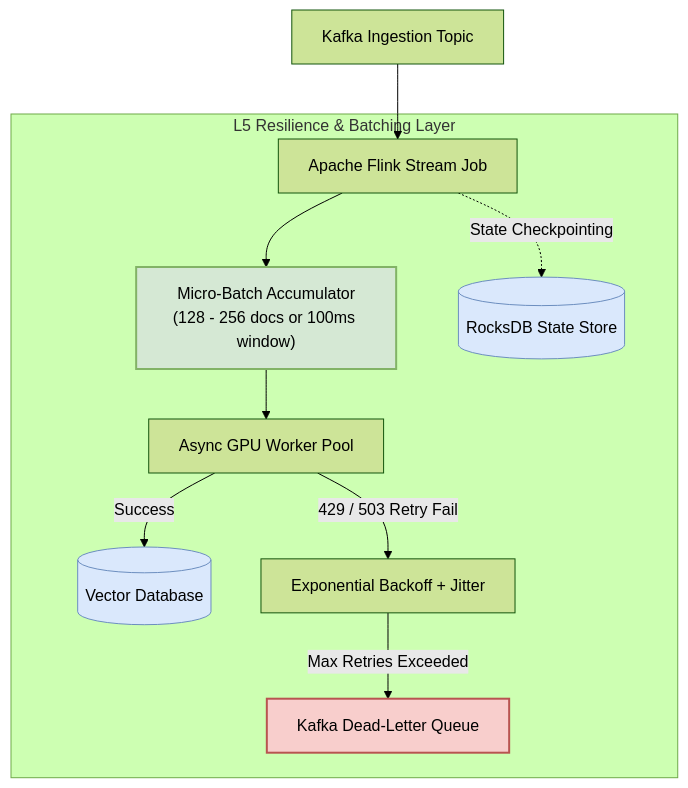
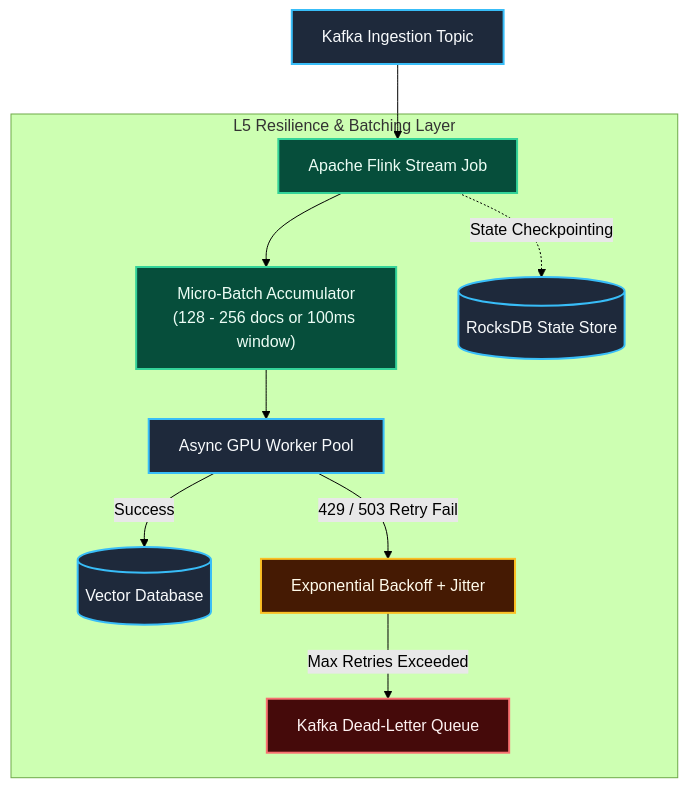
Before and after one commit to toanbui626391/data_ai_engineer: the second of 3 diagrams in questions/05_leveling_deep_dive_ingestion_pipeline.md, drawn with Mermaid (forest theme). The commit also changed other lines of this file and 1 other file, not shown here.

````diff
--- a/questions/05_leveling_deep_dive_ingestion_pipeline.md
+++ b/questions/05_leveling_deep_dive_ingestion_pipeline.md
@@ -48,20 +49,24 @@
 ```mermaid
 flowchart TD
     K["Kafka Ingestion Topic"] --> Flink["Apache Flink Stream Job"]
     
     subgraph L5_Processing ["L5 Resilience & Batching Layer"]
         Flink --> MB["Micro-Batch Accumulator<br/>(128 - 256 docs or 100ms window)"]
         MB --> Worker["Async GPU Worker Pool"]
         
         Worker -->|"Success"| VDB[("Vector Database")]
         Worker -->|"429 / 503 Retry Fail"| Retry["Exponential Backoff + Jitter"]
         Retry -->|"Max Retries Exceeded"| DLQ["Kafka Dead-Letter Queue"]
         
         Flink -.->|"State Checkpointing"| CP[("RocksDB State Store")]
     end
 
-    style MB fill:#d5e8d4,stroke:#82b366,stroke-width:2px
-    style DLQ fill:#f8cecc,stroke:#b85450,stroke-width:2px
-    style CP fill:#dae8fc,stroke:#6c8ebf,stroke-width:1px
-    style VDB fill:#dae8fc,stroke:#6c8ebf,stroke-width:1px
+    style K fill:#1e293b,stroke:#38bdf8,stroke-width:2px,color:#f8fafc
+    style Flink fill:#064e3b,stroke:#34d399,stroke-width:2px,color:#ecfdf5
+    style MB fill:#064e3b,stroke:#34d399,stroke-width:2px,color:#ecfdf5
+    style Worker fill:#1e293b,stroke:#38bdf8,stroke-width:2px,color:#f8fafc
+    style VDB fill:#1e293b,stroke:#38bdf8,stroke-width:2px,color:#f8fafc
+    style Retry fill:#451a03,stroke:#fbbf24,stroke-width:2px,color:#fffbeb
+    style DLQ fill:#450a0a,stroke:#f87171,stroke-width:2px,color:#fef2f2
+    style CP fill:#1e293b,stroke:#38bdf8,stroke-width:2px,color:#f8fafc
 ```
````
